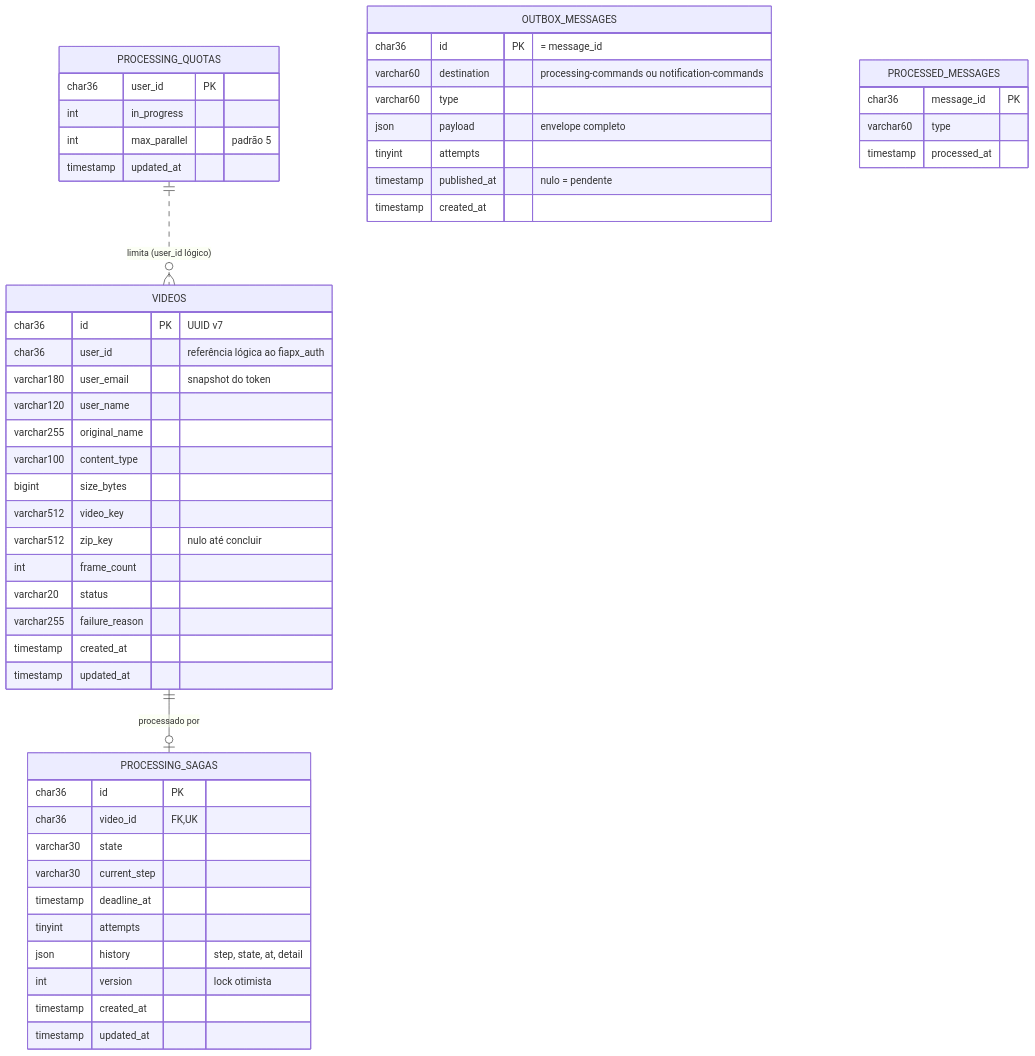
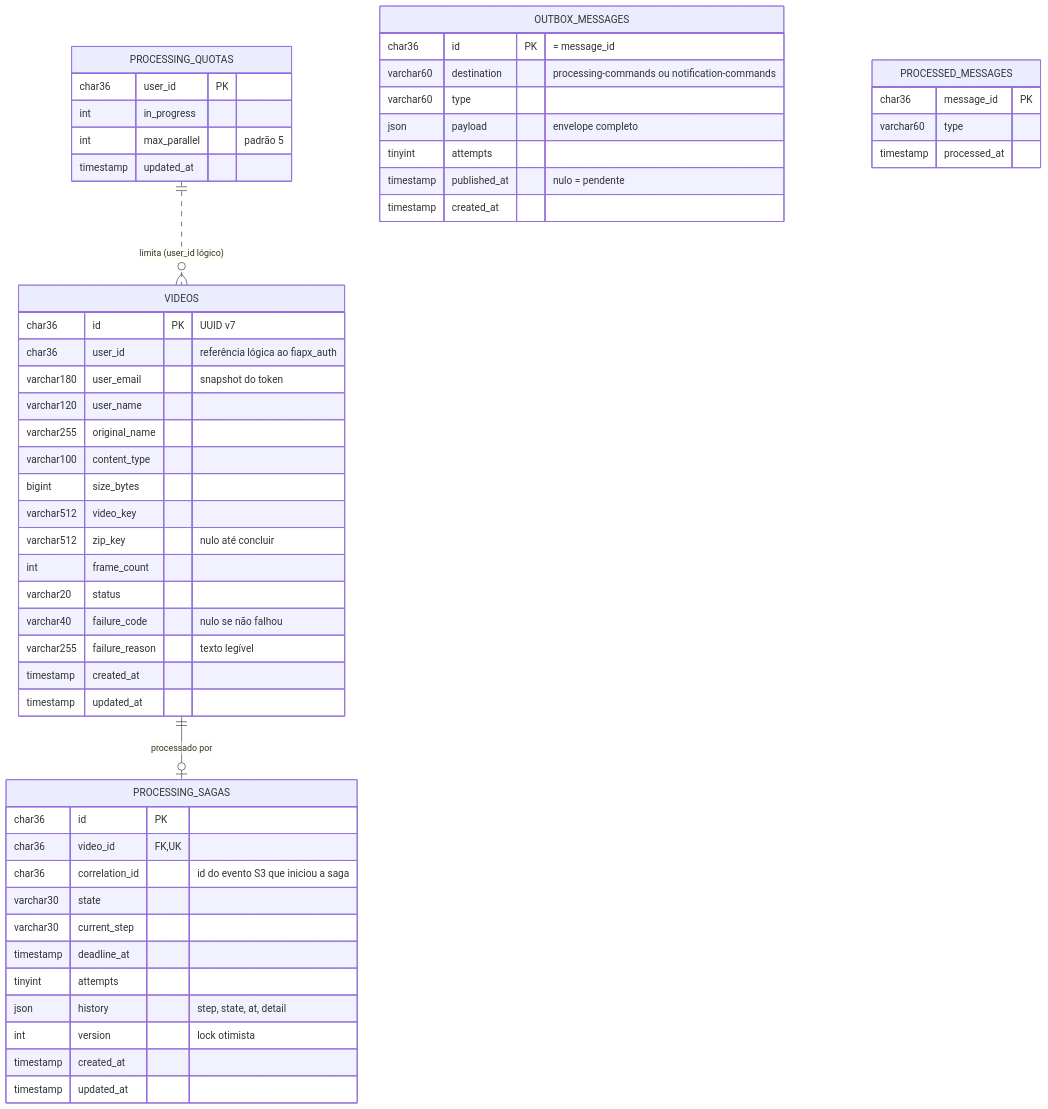
The second of 2 diagrams in 03-arquitetura/modelo-de-dados.md (hackathon-fiap-soat/fiapx-docs), drawn with Mermaid before and after one commit. The commit also changed other lines of this file and 9 other files, not shown here.

````diff
--- a/03-arquitetura/modelo-de-dados.md
+++ b/03-arquitetura/modelo-de-dados.md
@@ -33,54 +33,56 @@
 ```mermaid
 erDiagram
   VIDEOS ||--o| PROCESSING_SAGAS : "processado por"
   PROCESSING_QUOTAS ||..o{ VIDEOS : "limita (user_id lógico)"
 
   VIDEOS {
     char36 id PK "UUID v7"
     char36 user_id "referência lógica ao fiapx_auth"
     varchar180 user_email "snapshot do token"
     varchar120 user_name
     varchar255 original_name
     varchar100 content_type
     bigint size_bytes
     varchar512 video_key
     varchar512 zip_key "nulo até concluir"
     int frame_count
     varchar20 status
-    varchar255 failure_reason
+    varchar40 failure_code "nulo se não falhou"
+    varchar255 failure_reason "texto legível"
     timestamp created_at
     timestamp updated_at
   }
   PROCESSING_SAGAS {
     char36 id PK
     char36 video_id FK,UK
+    char36 correlation_id "id do evento S3 que iniciou a saga"
     varchar30 state
     varchar30 current_step
     timestamp deadline_at
     tinyint attempts
     json history "step, state, at, detail"
     int version "lock otimista"
     timestamp created_at
     timestamp updated_at
   }
   PROCESSING_QUOTAS {
     char36 user_id PK
     int in_progress
     int max_parallel "padrão 5"
     timestamp updated_at
   }
   OUTBOX_MESSAGES {
     char36 id PK "= message_id"
     varchar60 destination "processing-commands ou notification-commands"
     varchar60 type
     json payload "envelope completo"
     tinyint attempts
     timestamp published_at "nulo = pendente"
     timestamp created_at
   }
   PROCESSED_MESSAGES {
     char36 message_id PK
     varchar60 type
     timestamp processed_at
   }
 ```
````
